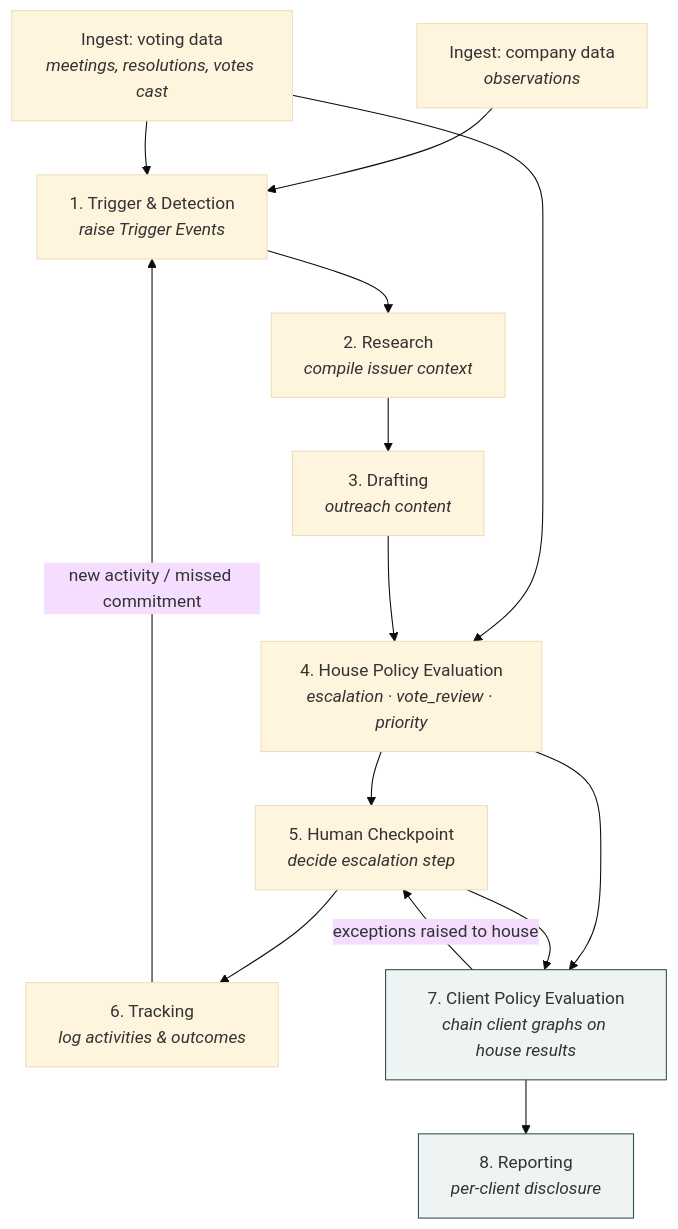
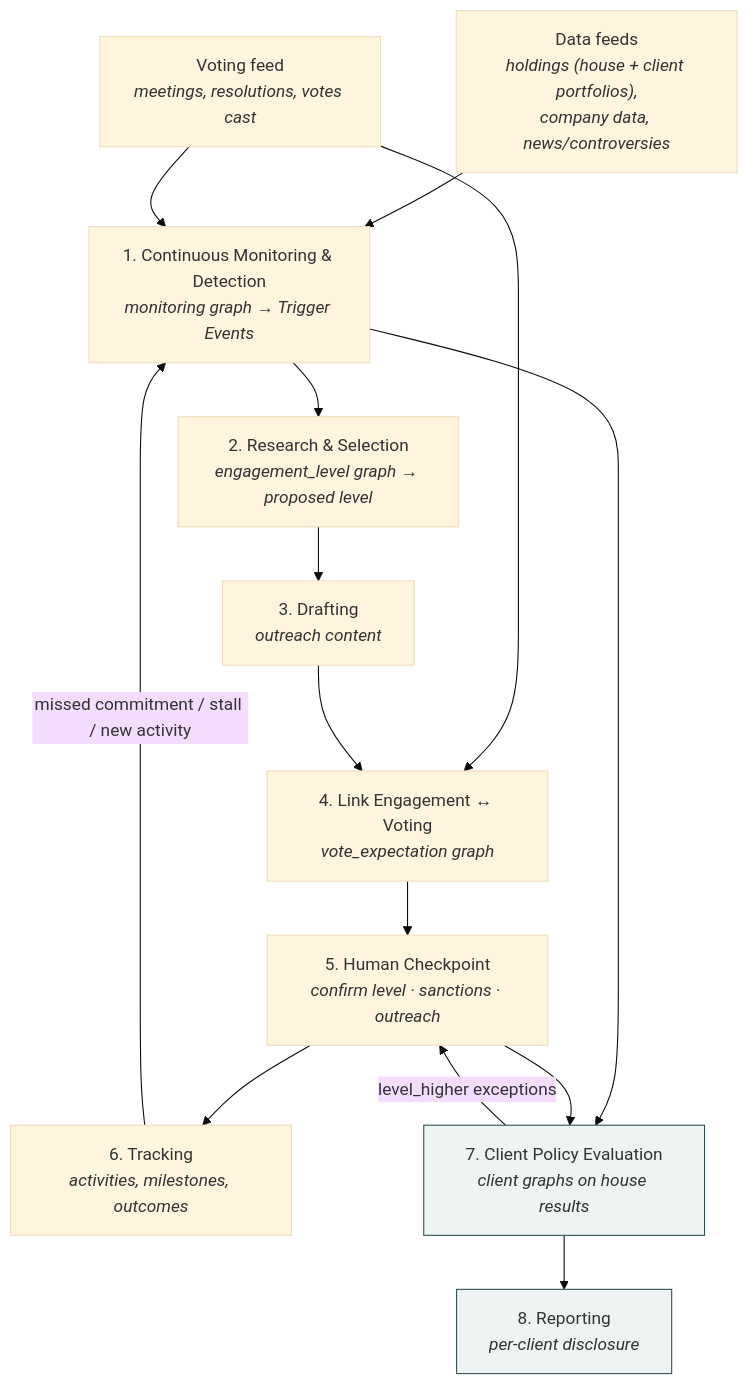
The second of 3 diagrams in docs/STEWARDSHIP_OPERATING_MODEL.md (kutschersteffen-cmd/Agentic-Research-Pipeline), drawn with Mermaid (base theme) before and after one commit. The commit also changed other lines of this file, not shown here.

First line of the commit message:
Docs: continuous monitoring in stage 1, selection and engagement levels in stage 2

````diff
--- a/docs/STEWARDSHIP_OPERATING_MODEL.md
+++ b/docs/STEWARDSHIP_OPERATING_MODEL.md
@@ -315,26 +360,26 @@
 ```mermaid
 flowchart TD
-    I1["Ingest: company data<br/><i>observations</i>"]
-    I2["Ingest: voting data<br/><i>meetings, resolutions, votes cast</i>"]
-    S1["1. Trigger & Detection<br/><i>raise Trigger Events</i>"]
-    S2["2. Research<br/><i>compile issuer context</i>"]
+    I1["Data feeds<br/><i>holdings (house + client portfolios),<br/>company data, news/controversies</i>"]
+    I2["Voting feed<br/><i>meetings, resolutions, votes cast</i>"]
+    S1["1. Continuous Monitoring & Detection<br/><i>monitoring graph → Trigger Events</i>"]
+    S2["2. Research & Selection<br/><i>engagement_level graph → proposed level</i>"]
     S3["3. Drafting<br/><i>outreach content</i>"]
-    S4["4. House Policy Evaluation<br/><i>escalation · vote_review · priority</i>"]
-    S5["5. Human Checkpoint<br/><i>decide escalation step</i>"]
-    S6["6. Tracking<br/><i>log activities & outcomes</i>"]
-    S7["7. Client Policy Evaluation<br/><i>chain client graphs on house results</i>"]
+    S4["4. Link Engagement ↔ Voting<br/><i>vote_expectation graph</i>"]
+    S5["5. Human Checkpoint<br/><i>confirm level · sanctions · outreach</i>"]
+    S6["6. Tracking<br/><i>activities, milestones, outcomes</i>"]
+    S7["7. Client Policy Evaluation<br/><i>client graphs on house results</i>"]
     S8["8. Reporting<br/><i>per-client disclosure</i>"]
 
     I1 --> S1
     I2 --> S1
     I2 --> S4
     S1 --> S2 --> S3 --> S4 --> S5 --> S6
-    S6 -- "new activity / missed commitment" --> S1
-    S4 --> S7
+    S6 -- "missed commitment / stall / new activity" --> S1
+    S1 --> S7
     S5 --> S7
-    S7 -- "exceptions raised to house" --> S5
+    S7 -- "level_higher exceptions" --> S5
     S7 --> S8
 
     style S7 fill:#EEF3F3,stroke:#2F5153
     style S8 fill:#EEF3F3,stroke:#2F5153
 ```
````
